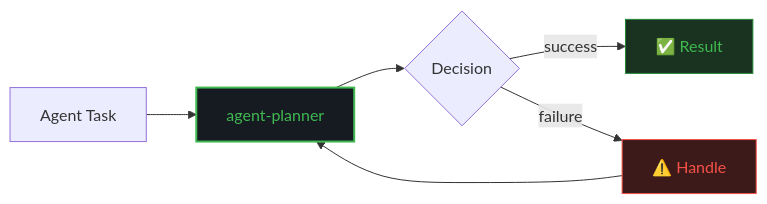
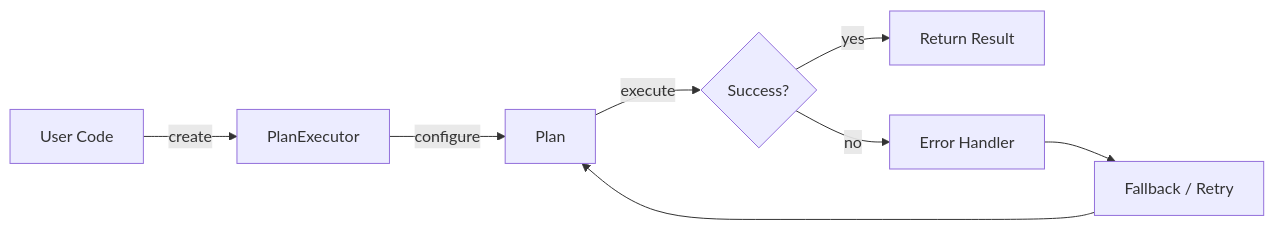
One commit to darshjme/agent-planner changed the first of 2 diagrams in README.md. Above: the diagram before and after it, drawn with Mermaid. The commit also changed other lines of this file and 1 other file, not shown here.

````diff
--- a/README.md
+++ b/README.md
@@ -59,12 +81,10 @@
 ```mermaid
 flowchart LR
-    A[Agent Task] --> B[agent-planner]
-    B --> C{Decision}
-    C -->|success| D[✅ Result]
-    C -->|failure| E[⚠️ Handle]
-    E --> B
-
-    style B fill:#161b22,stroke:#3fb950,stroke-width:2,color:#3fb950
-    style D fill:#1a3320,stroke:#238636,color:#3fb950
-    style E fill:#3d1a1a,stroke:#f85149,color:#f85149
+    A[User Code] -->|create| B[PlanExecutor]
+    B -->|configure| C[Plan]
+    C -->|execute| D{Success?}
+    D -->|yes| E[Return Result]
+    D -->|no| F[Error Handler]
+    F --> G[Fallback / Retry]
+    G --> C
 ```
````
